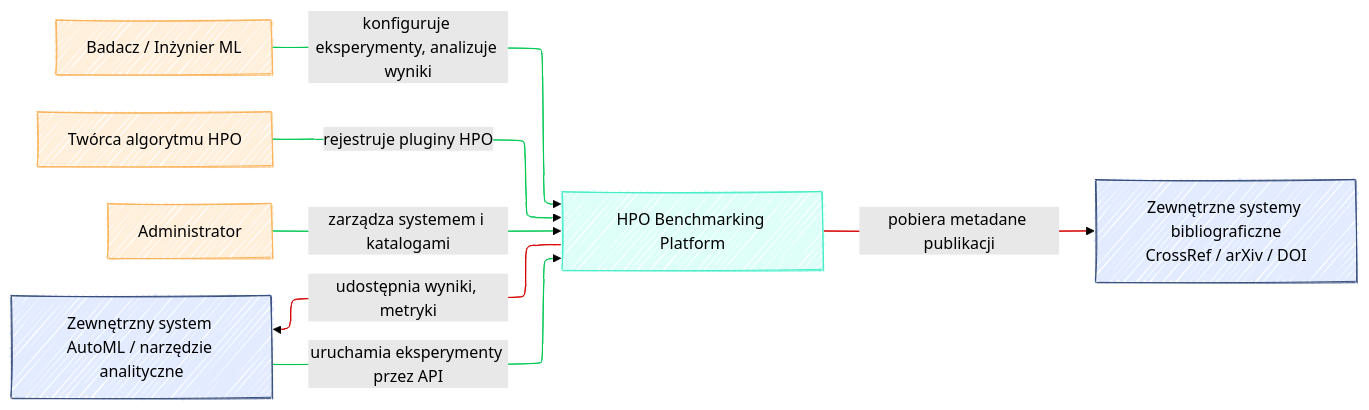
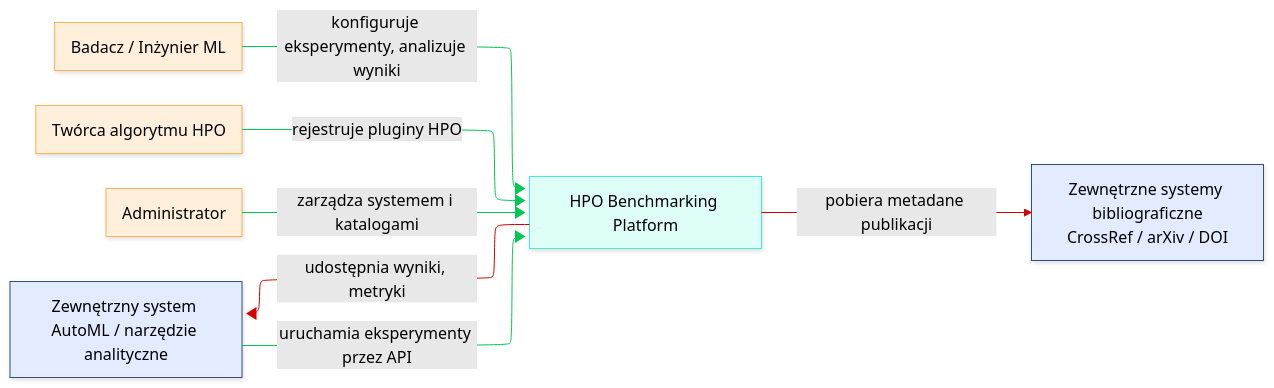
Before and after one commit to jedrzejpolaczek/aviarium.corvidae.corvus_corone: the diagram in docs/hpo_benchmark_architektura_HPO_benchmark.md, drawn with Mermaid (forest theme).

````diff
--- a/docs/hpo_benchmark_architektura_HPO_benchmark.md
+++ b/docs/hpo_benchmark_architektura_HPO_benchmark.md
@@ -16,38 +16,38 @@
 ```mermaid
 ---
 config:
-  look: handDrawn
+  look: neo
   layout: elk
 ---
 flowchart LR
     A1["Badacz / Inżynier ML"] -- konfiguruje eksperymenty, analizuje wyniki --> S["HPO Benchmarking Platform"]
     A2["Twórca algorytmu HPO"] -- rejestruje pluginy HPO --> S
     A3["Administrator"] -- zarządza systemem i katalogami --> S
     A4["Zewnętrzny system AutoML / narzędzie analityczne"] -- uruchamia eksperymenty przez API --> S
     S -- udostępnia wyniki, metryki --> A4
     S L_S_A5_0@-- pobiera metadane publikacji --> A5["Zewnętrzne systemy bibliograficzne<br>CrossRef / arXiv / DOI"]
      A1:::Peach
      S:::Aqua
      A2:::Peach
      A3:::Peach
      A4:::Sky
      A5:::Sky
     classDef Aqua stroke-width:1px, stroke-dasharray:none, stroke:#46EDC8, fill:#DEFFF8, color:#378E7A
     classDef Ash stroke-width:1px, stroke-dasharray:none, stroke:#999999, fill:#EEEEEE, color:#000000
     classDef Sky stroke-width:1px, stroke-dasharray:none, stroke:#374D7C, fill:#E2EBFF, color:#374D7C
     classDef Rose stroke-width:1px, stroke-dasharray:none, stroke:#FF5978, fill:#FFDFE5, color:#8E2236
     classDef Peach stroke-width:1px, stroke-dasharray:none, stroke:#FBB35A, fill:#FFEFDB, color:#8F632D
     style A1 color:#000000
     style S color:#000000
     style A2 color:#000000
     style A3 color:#000000
     style A4 color:#000000
     style A5 color:#000000
     linkStyle 0 stroke:#00C853,fill:none
     linkStyle 1 stroke:#00C853,fill:none
     linkStyle 2 stroke:#00C853,fill:none
     linkStyle 3 stroke:#00C853,fill:none
     linkStyle 4 stroke:#D50000,fill:none
     linkStyle 5 stroke:#D50000,fill:none
     L_S_A5_0@{ animation: none }
 ```
````
